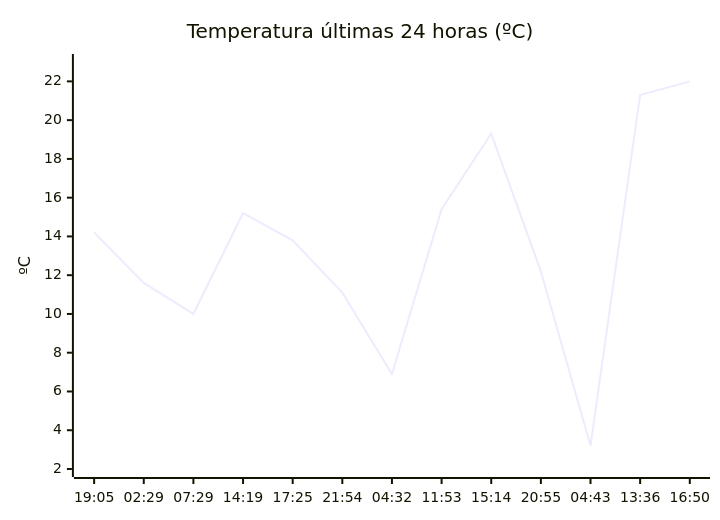
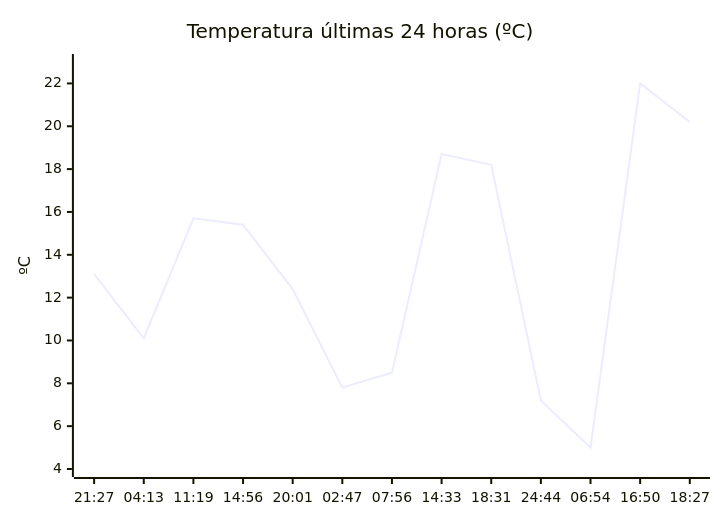
One commit to solidsnk86/rem-scrap changed the diagram in README.md. Above: the diagram before and after it, drawn with Mermaid. The commit also changed other lines of this file, not shown here.

````diff
--- a/README.md
+++ b/README.md
@@ -36,7 +36,7 @@
 ```mermaid
 xychart-beta
     title "Temperatura últimas 24 horas (ºC)"
-    x-axis ["19:05", "02:29", "07:29", "14:19", "17:25", "21:54", "04:32", "11:53", "15:14", "20:55", "04:43", "13:36", "16:50"]
-    y-axis "ºC" 2 --> 23
-    line [14.2, 11.6, 10, 15.2, 13.8, 11.1, 6.9, 15.4, 19.3, 12.2, 3.2, 21.3, 22]
+    x-axis ["21:27", "04:13", "11:19", "14:56", "20:01", "02:47", "07:56", "14:33", "18:31", "24:44", "06:54", "16:50", "18:27"]
+    y-axis "ºC" 4 --> 23
+    line [13.1, 10.1, 15.7, 15.4, 12.4, 7.8, 8.5, 18.7, 18.2, 7.2, 5, 22, 20.2]
 ```
````
